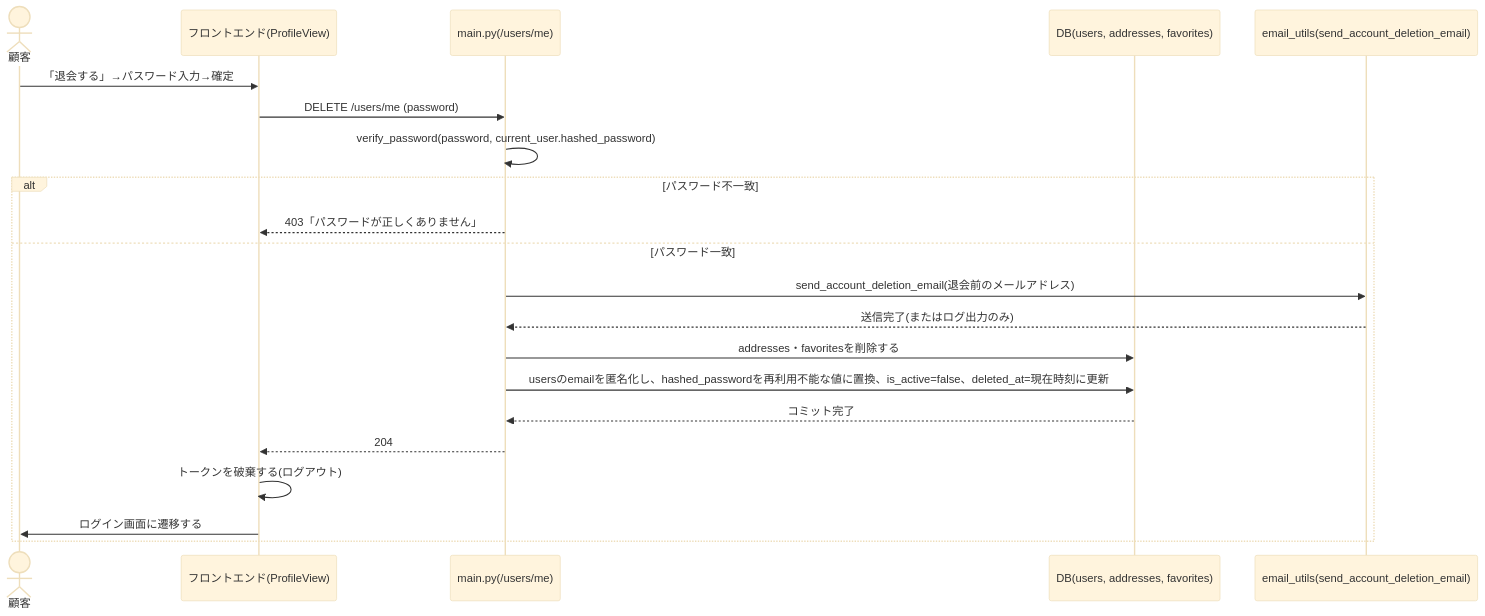
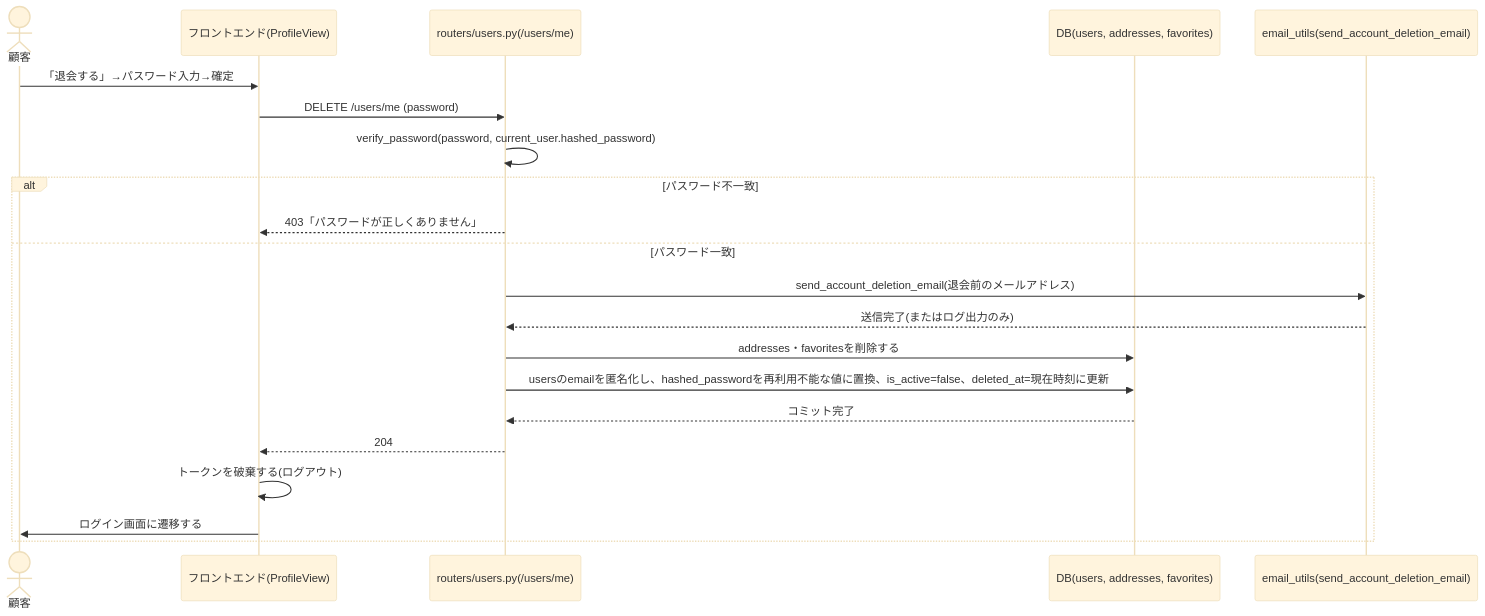
The fifth of 12 diagrams in docs/deliverables/internal_design/03_sequence_diagram.md (KokiNakano2nd/ec2site), drawn with Mermaid (base theme) before and after one commit. The commit also changed other lines of this file and 1 other file, not shown here.

````diff
--- a/docs/deliverables/internal_design/03_sequence_diagram.md
+++ b/docs/deliverables/internal_design/03_sequence_diagram.md
@@ -181,24 +187,24 @@
 ```mermaid
 sequenceDiagram
     actor 顧客
     participant Frontend as フロントエンド(ProfileView)
-    participant API as main.py(/users/me)
+    participant API as routers/users.py(/users/me)
     participant DB as DB(users, addresses, favorites)
     participant Mail as email_utils(send_account_deletion_email)
 
     顧客->>Frontend: 「退会する」→パスワード入力→確定
     Frontend->>API: DELETE /users/me (password)
     API->>API: verify_password(password, current_user.hashed_password)
     alt パスワード不一致
         API-->>Frontend: 403「パスワードが正しくありません」
     else パスワード一致
         API->>Mail: send_account_deletion_email(退会前のメールアドレス)
         Mail-->>API: 送信完了(またはログ出力のみ)
         API->>DB: addresses・favoritesを削除する
         API->>DB: usersのemailを匿名化し、hashed_passwordを再利用不能な値に置換、is_active=false、deleted_at=現在時刻に更新
         DB-->>API: コミット完了
         API-->>Frontend: 204
         Frontend->>Frontend: トークンを破棄する(ログアウト)
         Frontend->>顧客: ログイン画面に遷移する
     end
 ```
````
